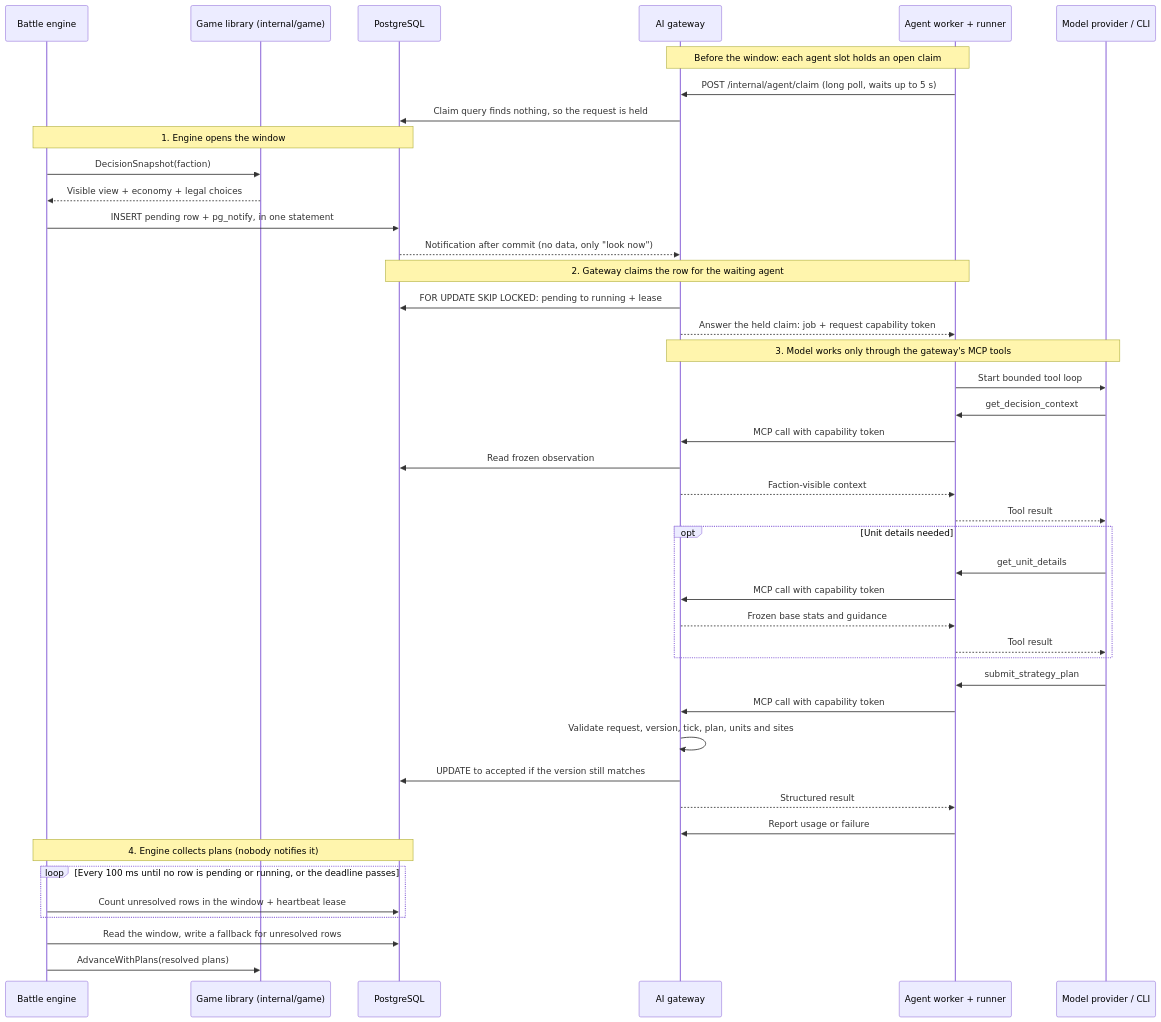
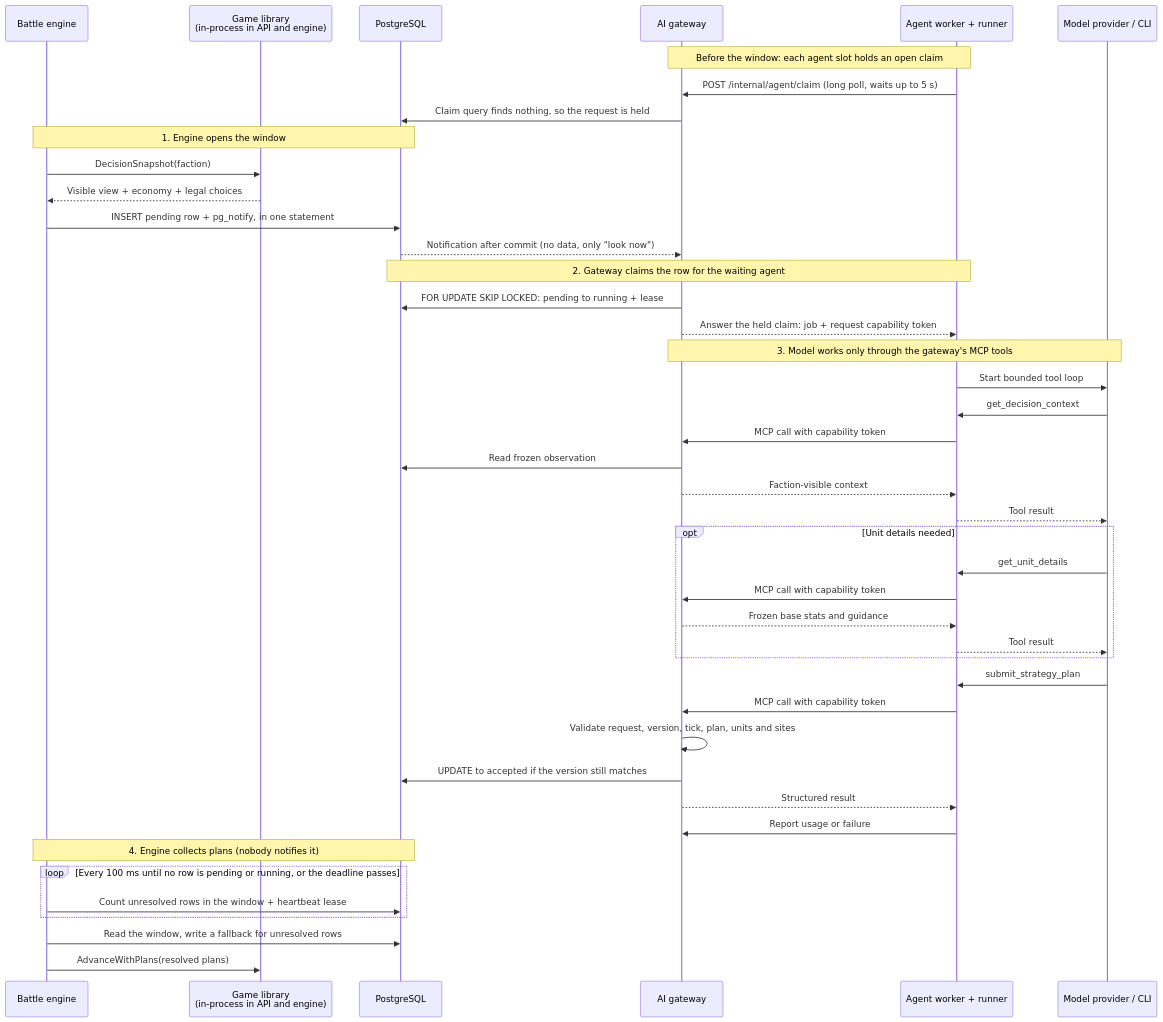
Before and after one commit to twhAuto/autonomous_battlefield: the third of 3 diagrams in docs/architecture/system-architecture.md, drawn with Mermaid. The commit also changed other lines of this file, not shown here.

Commit message:
AB-144: label the game library as in-process in the API and engine

````diff
--- a/docs/architecture/system-architecture.md
+++ b/docs/architecture/system-architecture.md
@@ -216,50 +216,50 @@
 ```mermaid
 sequenceDiagram
     participant Engine as Battle engine
-    participant Match as Game library (internal/game)
+    participant Match as Game library<br/>(in-process in API and engine)
     participant DB as PostgreSQL
     participant Gateway as AI gateway
     participant Agent as Agent worker + runner
     participant Model as Model provider / CLI
 
     Note over Gateway,Agent: Before the window: each agent slot holds an open claim
     Agent->>Gateway: POST /internal/agent/claim (long poll, waits up to 5 s)
     Gateway->>DB: Claim query finds nothing, so the request is held
 
     Note over Engine,DB: 1. Engine opens the window
     Engine->>Match: DecisionSnapshot(faction)
     Match-->>Engine: Visible view + economy + legal choices
     Engine->>DB: INSERT pending row + pg_notify, in one statement
     DB-->>Gateway: Notification after commit (no data, only "look now")
 
     Note over DB,Agent: 2. Gateway claims the row for the waiting agent
     Gateway->>DB: FOR UPDATE SKIP LOCKED: pending to running + lease
     Gateway-->>Agent: Answer the held claim: job + request capability token
 
     Note over Gateway,Model: 3. Model works only through the gateway's MCP tools
     Agent->>Model: Start bounded tool loop
     Model->>Agent: get_decision_context
     Agent->>Gateway: MCP call with capability token
     Gateway->>DB: Read frozen observation
     Gateway-->>Agent: Faction-visible context
     Agent-->>Model: Tool result
     opt Unit details needed
         Model->>Agent: get_unit_details
         Agent->>Gateway: MCP call with capability token
         Gateway-->>Agent: Frozen base stats and guidance
         Agent-->>Model: Tool result
     end
     Model->>Agent: submit_strategy_plan
     Agent->>Gateway: MCP call with capability token
     Gateway->>Gateway: Validate request, version, tick, plan, units and sites
     Gateway->>DB: UPDATE to accepted if the version still matches
     Gateway-->>Agent: Structured result
     Agent->>Gateway: Report usage or failure
 
     Note over Engine,DB: 4. Engine collects plans (nobody notifies it)
     loop Every 100 ms until no row is pending or running, or the deadline passes
         Engine->>DB: Count unresolved rows in the window + heartbeat lease
     end
     Engine->>DB: Read the window, write a fallback for unresolved rows
     Engine->>Match: AdvanceWithPlans(resolved plans)
 ```
````
